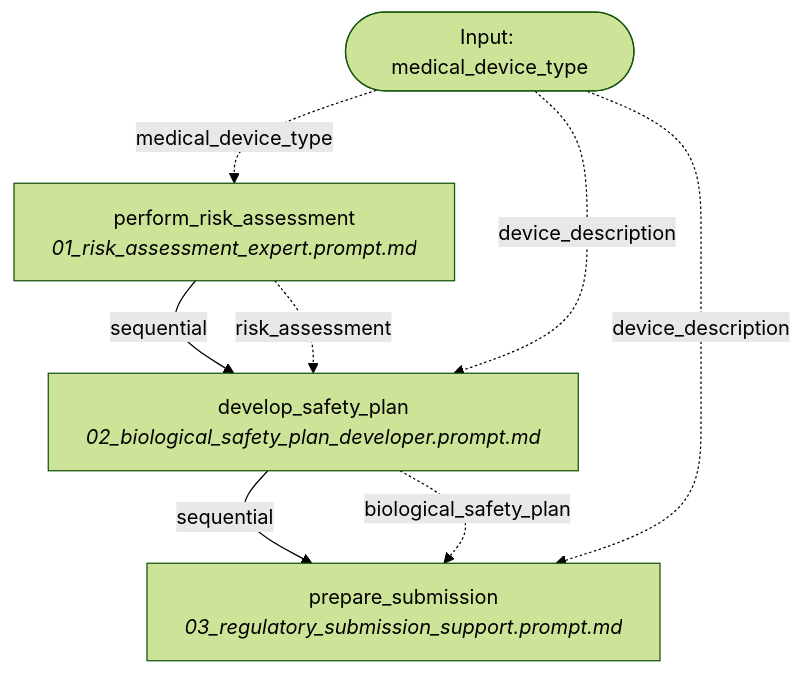
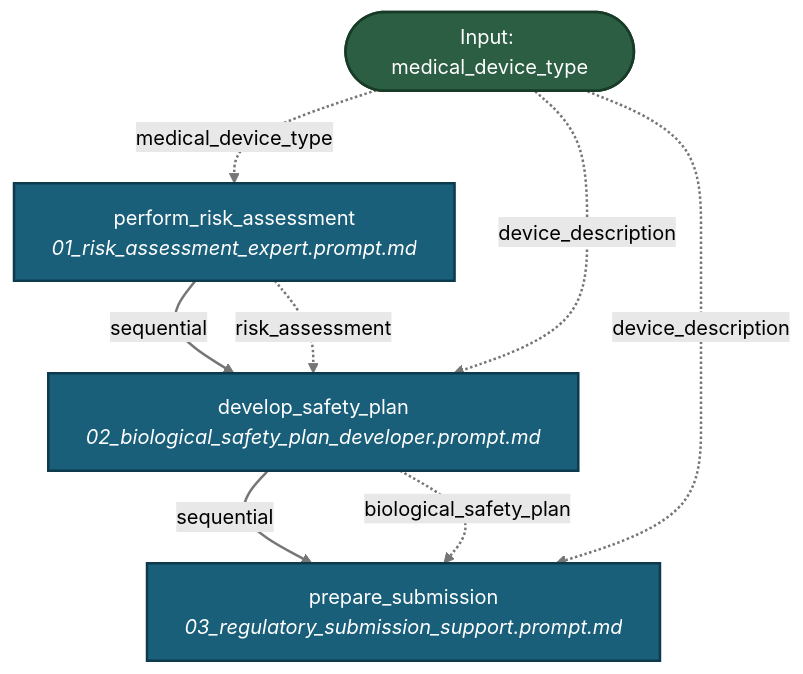
One commit to fderuiter/proompts changed the diagram in docs/workflows/biological_safety.md. Above: the diagram before and after it, drawn with Mermaid (forest theme). The commit also changed 267 other files, not shown here.

````diff
--- a/docs/workflows/biological_safety.md
+++ b/docs/workflows/biological_safety.md
@@ -11,14 +11,17 @@
 ```mermaid
 graph TD
-    INPUT_medical_device_type([Input: medical_device_type])
-    perform_risk_assessment[perform_risk_assessment<br><i>01_risk_assessment_expert.prompt.md</i>]
+    classDef stepNode fill:#1a5f7a,stroke:#0d3a4d,stroke-width:2px,color:#ffffff;
+    classDef inputNode fill:#2c5e43,stroke:#183b27,stroke-width:2px,color:#ffffff;
+    INPUT_medical_device_type([Input: medical_device_type]):::inputNode
+    perform_risk_assessment[perform_risk_assessment<br><i>01_risk_assessment_expert.prompt.md</i>]:::stepNode
     INPUT_medical_device_type -. medical_device_type .-> perform_risk_assessment
     perform_risk_assessment -->|sequential| develop_safety_plan
-    develop_safety_plan[develop_safety_plan<br><i>02_biological_safety_plan_developer.prompt.md</i>]
+    develop_safety_plan[develop_safety_plan<br><i>02_biological_safety_plan_developer.prompt.md</i>]:::stepNode
     perform_risk_assessment -. risk_assessment .-> develop_safety_plan
     INPUT_medical_device_type -. device_description .-> develop_safety_plan
     develop_safety_plan -->|sequential| prepare_submission
-    prepare_submission[prepare_submission<br><i>03_regulatory_submission_support.prompt.md</i>]
+    prepare_submission[prepare_submission<br><i>03_regulatory_submission_support.prompt.md</i>]:::stepNode
     develop_safety_plan -. biological_safety_plan .-> prepare_submission
     INPUT_medical_device_type -. device_description .-> prepare_submission
+    linkStyle default stroke:#767676,stroke-width:2px;
 ```
````
